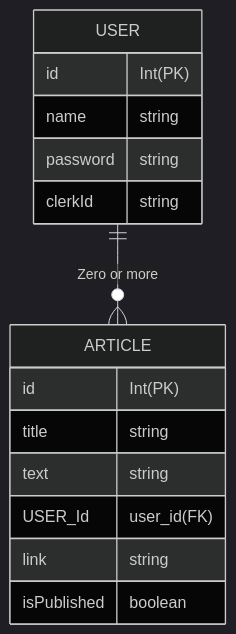
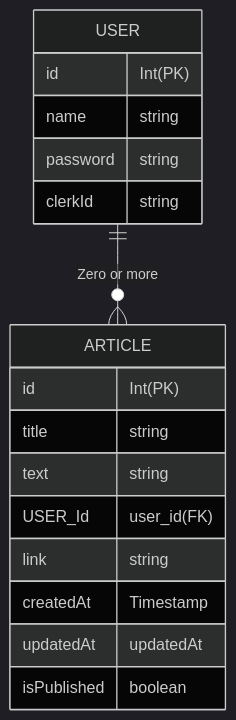
The diagram in document/docs/ERD.md (ShoeheyOt/my-blog), drawn with Mermaid (dark theme) before and after one commit.

Commit message:
update ERD

````diff
--- a/document/docs/ERD.md
+++ b/document/docs/ERD.md
@@ -7,22 +7,24 @@
 ```mermaid
 erDiagram
 
     USER {
         id Int(PK)
         name string
         password string
         clerkId string
     }
 
     ARTICLE{
         id Int(PK)
         title string
         text string
         USER_Id user_id(FK)
         link string
+        createdAt Timestamp
+        updatedAt updatedAt
         isPublished boolean
     }
 
 USER ||--o{ARTICLE: "Zero or more"
 
 ```
````
